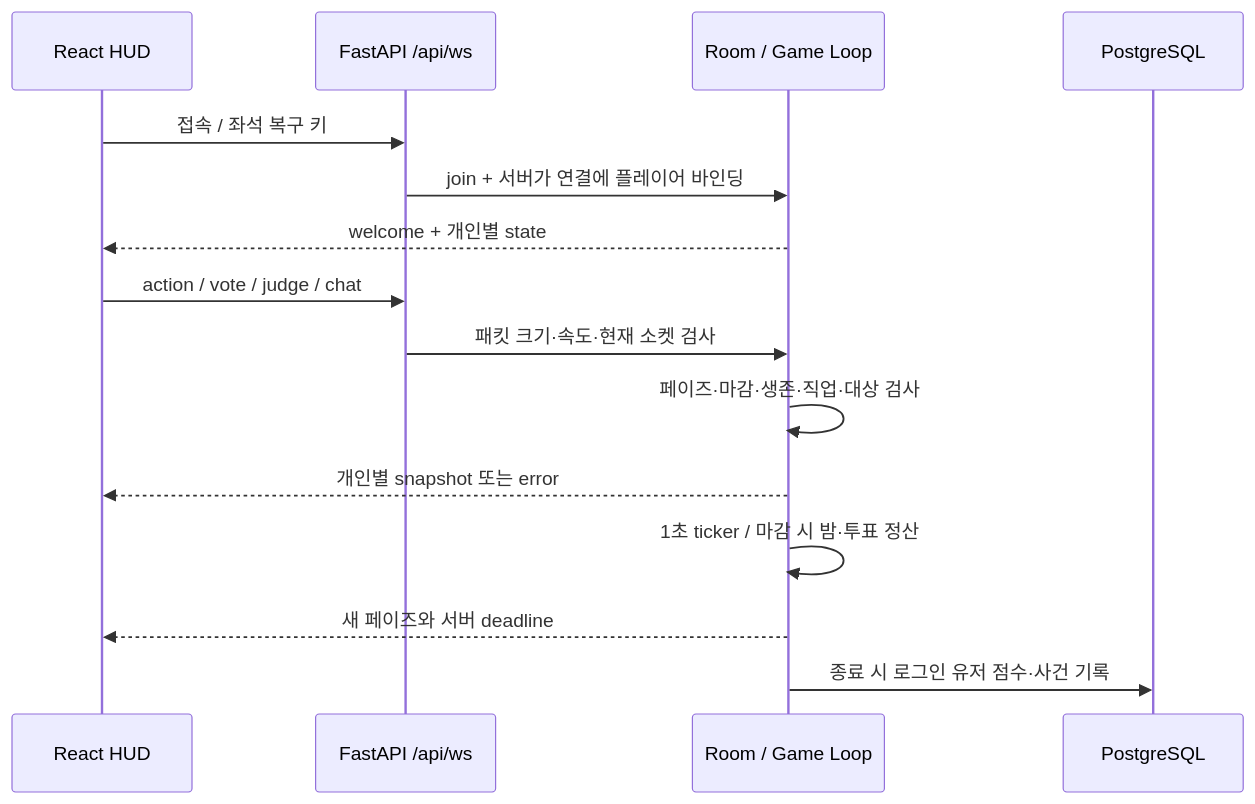
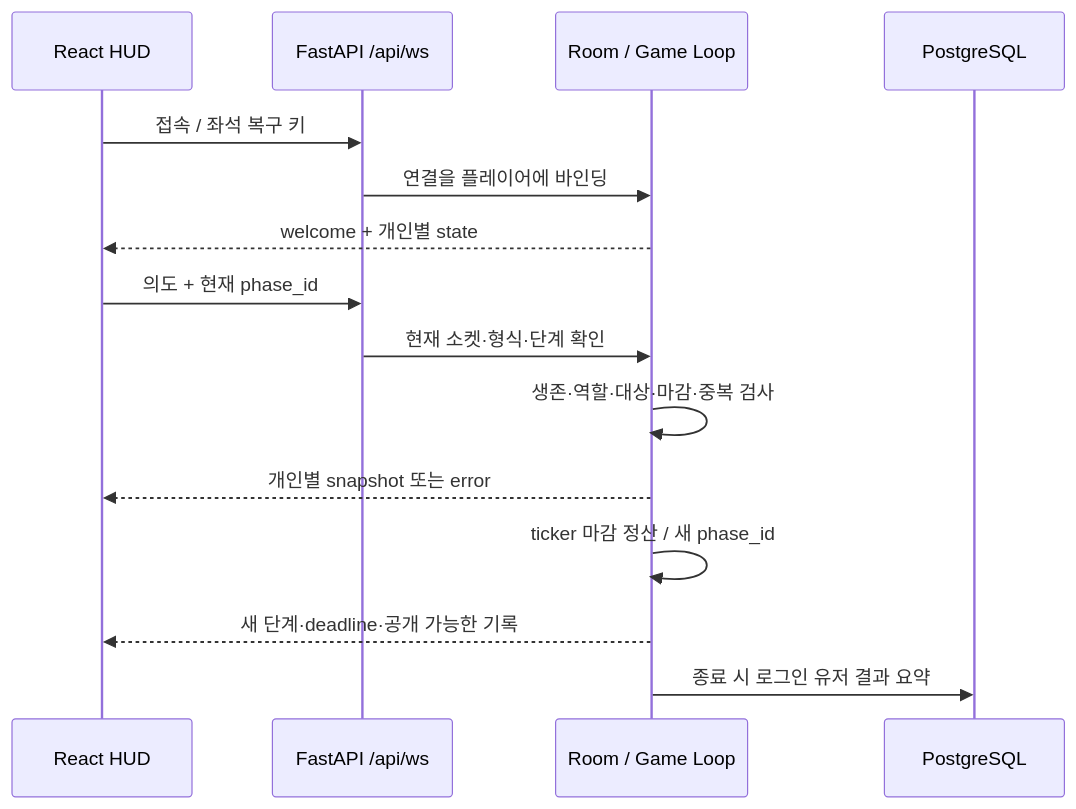
The diagram in docs/ARCHITECTURE.md (boclair98/mafia-game), drawn with Mermaid before and after one commit. The commit also changed other lines of this file and 34 other files, not shown here.

````diff
--- a/docs/ARCHITECTURE.md
+++ b/docs/ARCHITECTURE.md
@@ -7,17 +36,17 @@
 ```mermaid
 sequenceDiagram
     participant UI as React HUD
     participant WS as FastAPI /api/ws
     participant Room as Room / Game Loop
     participant DB as PostgreSQL
     UI->>WS: 접속 / 좌석 복구 키
-    WS->>Room: join + 서버가 연결에 플레이어 바인딩
+    WS->>Room: 연결을 플레이어에 바인딩
     Room-->>UI: welcome + 개인별 state
-    UI->>WS: action / vote / judge / chat
-    WS->>Room: 패킷 크기·속도·현재 소켓 검사
-    Room->>Room: 페이즈·마감·생존·직업·대상 검사
+    UI->>WS: 의도 + 현재 phase_id
+    WS->>Room: 현재 소켓·형식·단계 확인
+    Room->>Room: 생존·역할·대상·마감·중복 검사
     Room-->>UI: 개인별 snapshot 또는 error
-    Room->>Room: 1초 ticker / 마감 시 밤·투표 정산
-    Room-->>UI: 새 페이즈와 서버 deadline
-    Room->>DB: 종료 시 로그인 유저 점수·사건 기록
+    Room->>Room: ticker 마감 정산 / 새 phase_id
+    Room-->>UI: 새 단계·deadline·공개 가능한 기록
+    Room->>DB: 종료 시 로그인 유저 결과 요약
 ```
````
